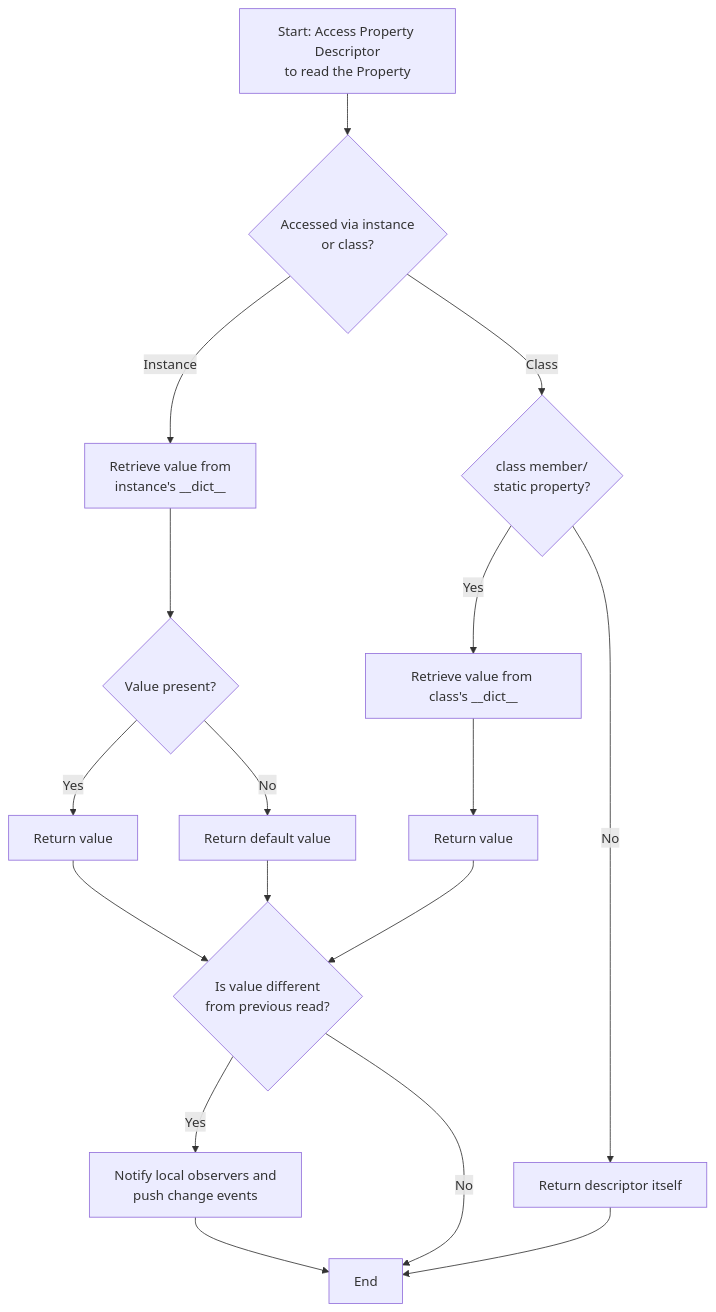
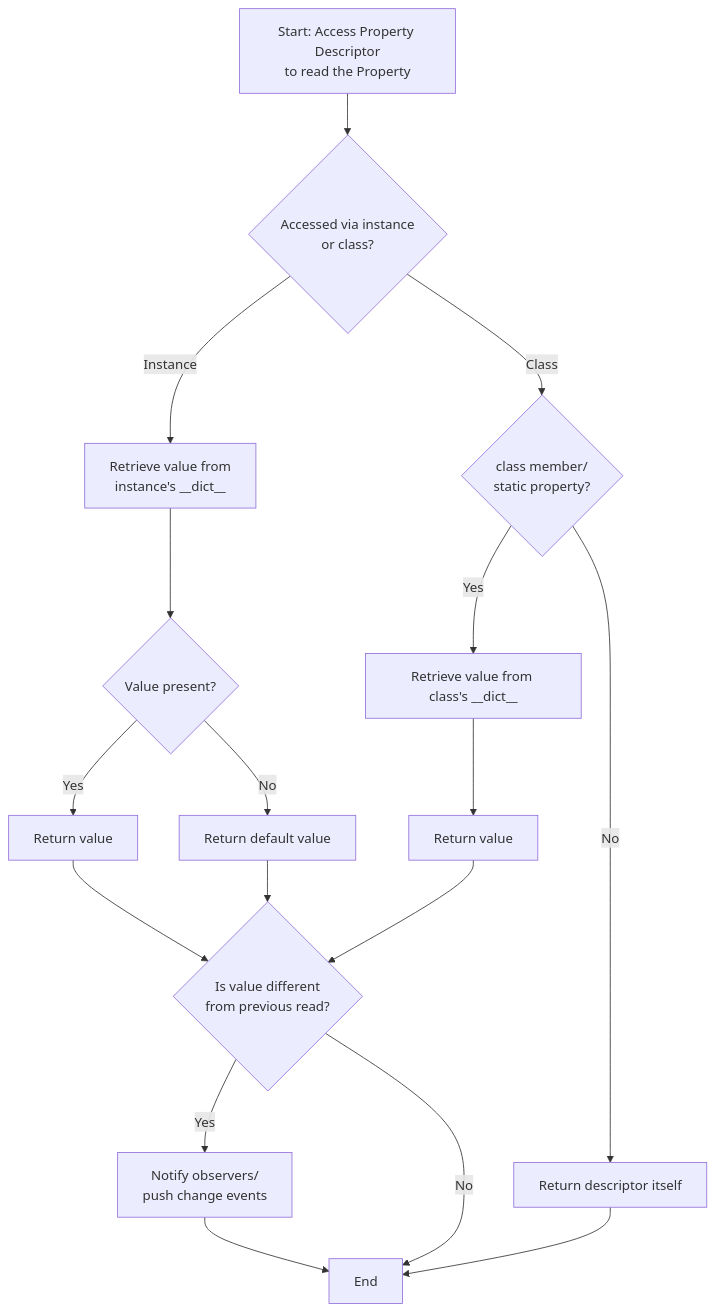
The second of 2 diagrams in docs/design/property-descriptors.md (hololinked-dev/docs), drawn with Mermaid before and after one commit. The commit also changed other lines of this file and 16 other files, not shown here.

````diff
--- a/docs/design/property-descriptors.md
+++ b/docs/design/property-descriptors.md
@@ -243,19 +242,19 @@
 ```mermaid
 flowchart TD
     A[Start: Access Property Descriptor<br/>to read the Property] --> B{Accessed via instance<br/>or class?}
     B -- Instance --> C[Retrieve value from<br/>instance's __dict__]
     C --> D{Value present?}
     D -- Yes --> E[Return value]
     D -- No --> F[Return default value]
     B -- Class --> G{class member/<br/>static property?}
     G -- Yes --> H[Retrieve value from class's __dict__]
     H --> I[Return value]
     G -- No --> J[Return descriptor itself]
     I --> K{Is value different<br/>from previous read?}
     E --> K
     F --> K
-    K -- Yes --> L[Notify local observers and<br/>push change events]
+    K -- Yes --> L[Notify observers/<br/>push change events]
     K -- No --> Z[End]
     L --> Z
     J --> Z
 ```
````
